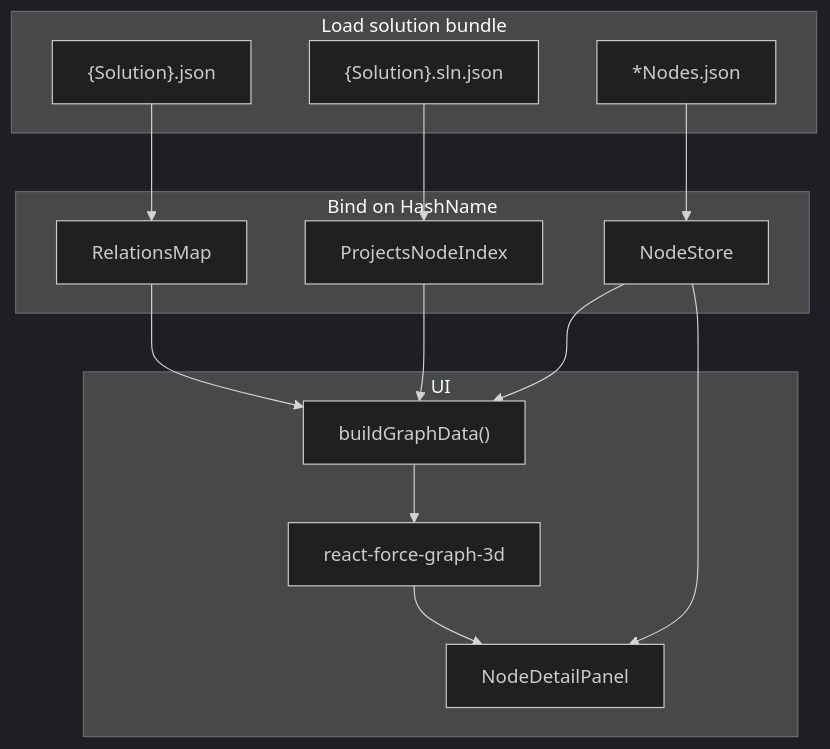
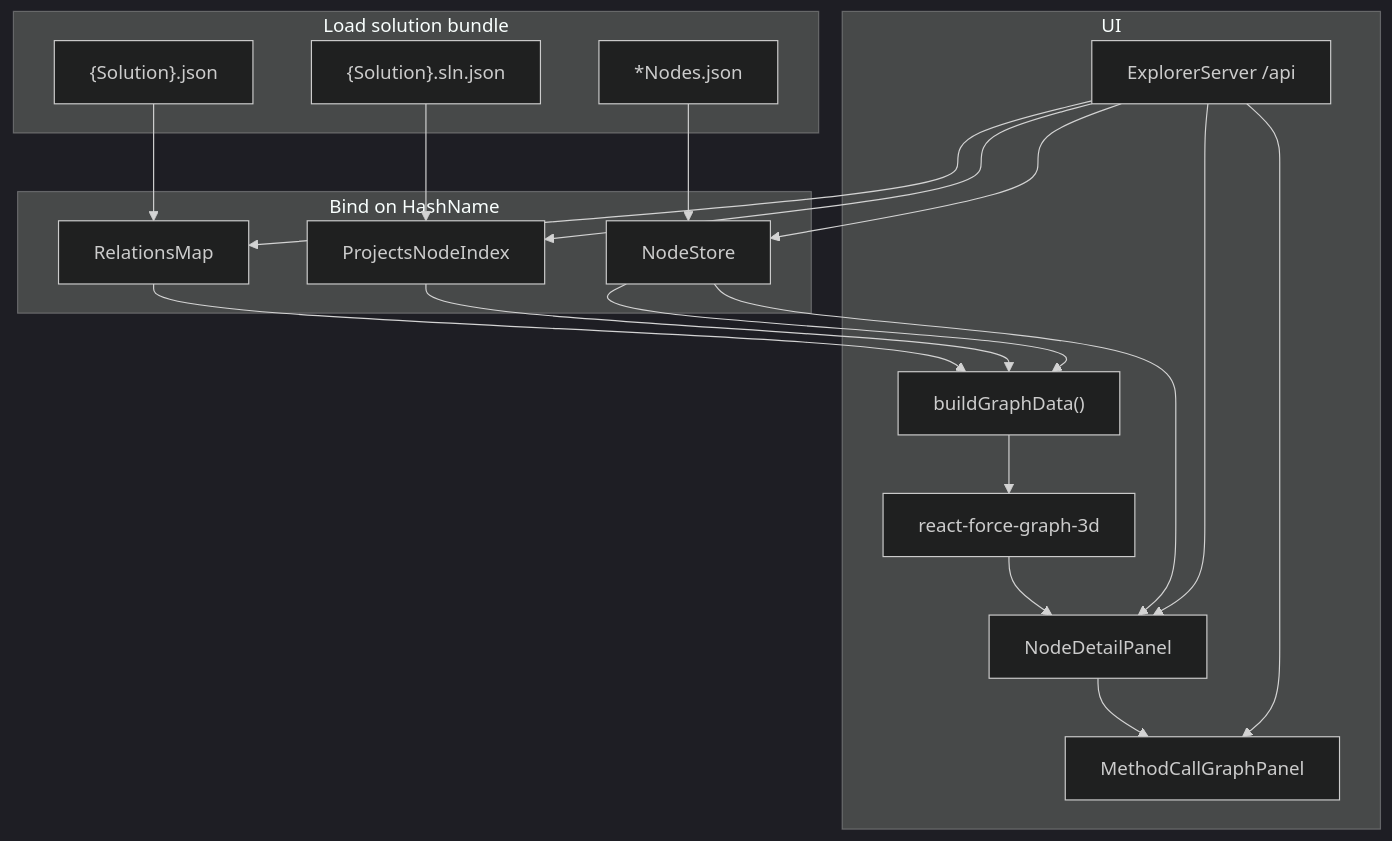
The second of 2 diagrams in README.md (thanos101201/classvisualiser), drawn with Mermaid (dark theme) before and after one commit. The commit also changed other lines of this file, not shown here.

````diff
--- a/README.md
+++ b/README.md
@@ -193,27 +238,35 @@
 ```mermaid
 flowchart TB
   subgraph load [Load solution bundle]
     R["{Solution}.json"]
     S["{Solution}.sln.json"]
     N["*Nodes.json"]
   end
   subgraph bind [Bind on HashName]
     REL["RelationsMap"]
     IDX["ProjectsNodeIndex"]
     STORE["NodeStore"]
   end
   subgraph ui [UI]
     G["buildGraphData()"]
     FG["react-force-graph-3d"]
     PANEL["NodeDetailPanel"]
+    MCALL["MethodCallGraphPanel"]
+    API["ExplorerServer /api"]
   end
   R --> REL
   S --> IDX
   N --> STORE
+  API --> REL
+  API --> IDX
+  API --> STORE
   REL --> G
   IDX --> G
   STORE --> G
   G --> FG
   FG --> PANEL
   STORE --> PANEL
+  API --> PANEL
+  PANEL --> MCALL
+  API --> MCALL
 ```
````
